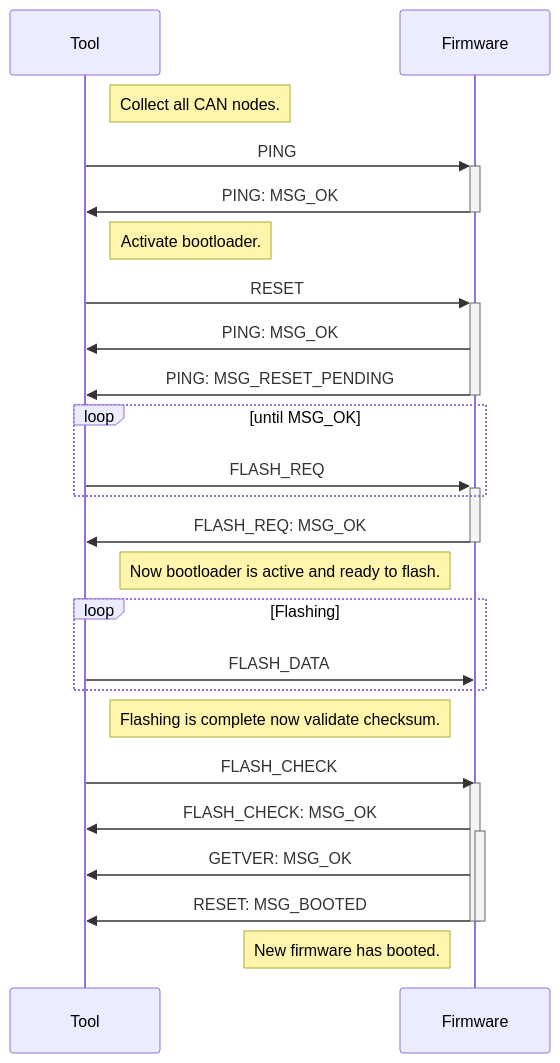
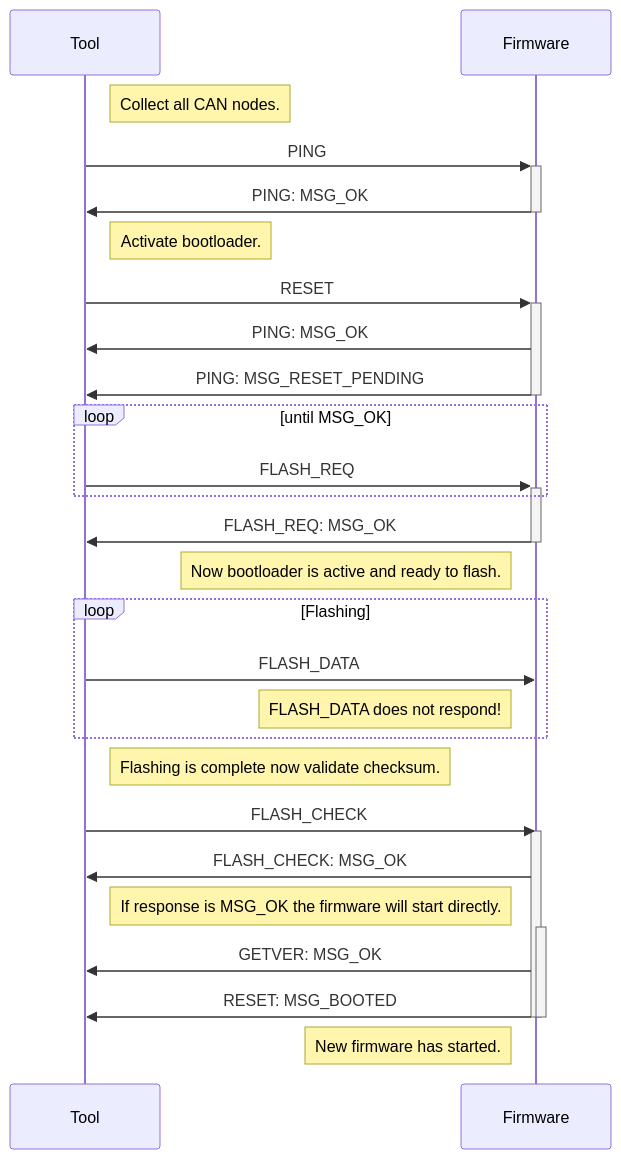
The diagram in fw-update/README.md (stmork/mrw-track-control-ng), drawn with Mermaid before and after one commit. The commit also changed other lines of this file and 1 other file, not shown here.

Commit message:
Changed test reporting and added comments.

````diff
--- a/fw-update/README.md
+++ b/fw-update/README.md
@@ -11,34 +11,38 @@
 ```mermaid
 sequenceDiagram
 	Participant T as Tool
 	Participant F as Firmware
 
 	Note right of T: Collect all CAN nodes.
 	T ->> +F: PING
 	F ->> -T: PING: MSG_OK
 
 	Note right of T: Activate bootloader.
 	T ->> +F: RESET
 	F ->>  T: PING: MSG_OK
 	F ->> -T: PING: MSG_RESET_PENDING
 	loop until MSG_OK
 		T ->> +F: FLASH_REQ
 	end
 	F ->> -T: FLASH_REQ: MSG_OK
 
 	Note left of F: Now bootloader is active and ready to flash.
 	loop Flashing
 		T ->> F: FLASH_DATA
+	Note left of F: FLASH_DATA does not respond!
 	end
 
 	Note right of T: Flashing is complete now validate checksum.
 	T ->> F: FLASH_CHECK
 	activate F
+
 	F ->> T: FLASH_CHECK: MSG_OK
+	Note left of F: If response is MSG_OK the firmware will start directly.
 	activate F
+
 	F ->> T: GETVER: MSG_OK
 	F ->> T: RESET: MSG_BOOTED
 	deactivate F
 	deactivate F
-	Note left of F: New firmware has booted.
+	Note left of F: New firmware has started.
 ```
````
